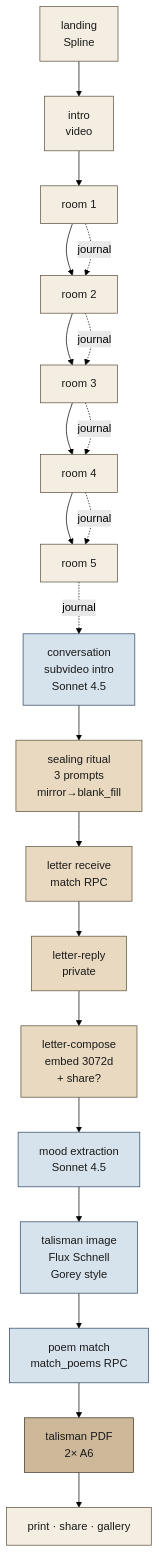
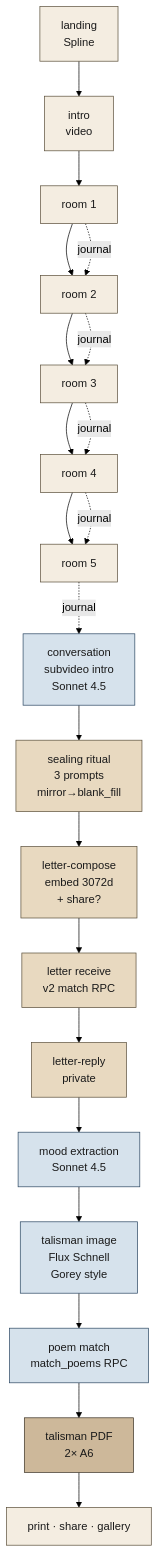
Before and after one commit to jk5052/Prototyping: the first of 3 diagrams in twr/TECH_OVERVIEW.md, drawn with Mermaid (forest theme). The commit also changed other lines of this file and 9 other files, not shown here.

First line of the commit message:
feat(letter): flip endgame to compose-first (v2 RPC live)

````diff
--- a/twr/TECH_OVERVIEW.md
+++ b/twr/TECH_OVERVIEW.md
@@ -45,25 +45,25 @@
 ```mermaid
 flowchart TB
   classDef phase    fill:#f4ede1,stroke:#5a4f3a,color:#1a1a1a
   classDef ritual   fill:#e8d9c0,stroke:#5a4f3a,color:#1a1a1a
   classDef ai       fill:#d6e2ec,stroke:#2c4863,color:#1a1a1a
   classDef artifact fill:#cdb89a,stroke:#3a3225,color:#1a1a1a
 
   L[landing<br/>Spline]:::phase --> IN[intro<br/>video]:::phase
   IN --> R1[room 1]:::phase --> R2[room 2]:::phase --> R3[room 3]:::phase
   R3 --> R4[room 4]:::phase --> R5[room 5]:::phase
   R1 -.journal.-> R2
   R2 -.journal.-> R3
   R3 -.journal.-> R4
   R4 -.journal.-> R5
   R5 -.journal.-> CV
   CV[conversation<br/>subvideo intro<br/>Sonnet 4.5]:::ai --> SE[sealing ritual<br/>3 prompts<br/>mirror→blank_fill]:::ritual
-  SE --> LT[letter receive<br/>match RPC]:::ritual
+  SE --> LC[letter-compose<br/>embed 3072d<br/>+ share?]:::ritual
+  LC --> LT[letter receive<br/>v2 match RPC]:::ritual
   LT --> LR[letter-reply<br/>private]:::ritual
-  LR --> LC[letter-compose<br/>embed 3072d<br/>+ share?]:::ritual
-  LC --> MX[mood extraction<br/>Sonnet 4.5]:::ai
+  LR --> MX[mood extraction<br/>Sonnet 4.5]:::ai
   MX --> IM[talisman image<br/>Flux Schnell<br/>Gorey style]:::ai
   IM --> PM[poem match<br/>match_poems RPC]:::ai
   PM --> CD[talisman PDF<br/>2× A6]:::artifact
   CD --> ENDP[print · share · gallery]:::phase
 ```
````
